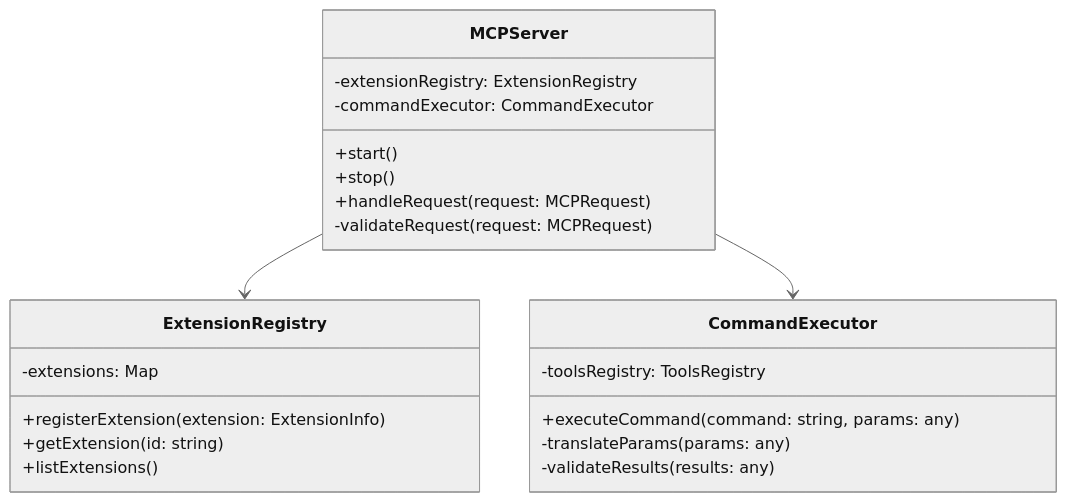
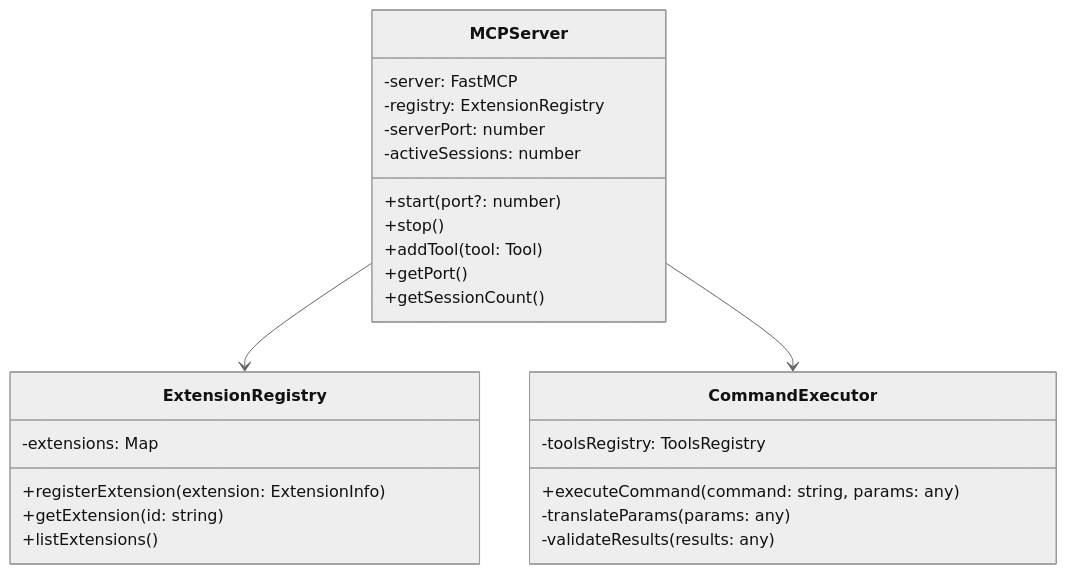
Before and after one commit to rixbeck/mcp-mlt-bridge: the second of 6 diagrams in architecture.md, drawn with Mermaid (neutral theme). The commit also changed other lines of this file and 6 other files, not shown here.

First line of the commit message:
[feat](docs): enhance documentation with FastMCP and SSE integration details

````diff
--- a/architecture.md
+++ b/architecture.md
@@ -47,28 +49,31 @@
 ```mermaid
 classDiagram
     class MCPServer {
-        -extensionRegistry: ExtensionRegistry
-        -commandExecutor: CommandExecutor
-        +start()
+        -server: FastMCP
+        -registry: ExtensionRegistry
+        -serverPort: number
+        -activeSessions: number
+        +start(port?: number)
         +stop()
-        +handleRequest(request: MCPRequest)
-        -validateRequest(request: MCPRequest)
+        +addTool(tool: Tool)
+        +getPort()
+        +getSessionCount()
     }
     
     class ExtensionRegistry {
         -extensions: Map<string, ExtensionInfo>
         +registerExtension(extension: ExtensionInfo)
         +getExtension(id: string)
         +listExtensions()
     }
     
     class CommandExecutor {
         -toolsRegistry: ToolsRegistry
         +executeCommand(command: string, params: any)
         -translateParams(params: any)
         -validateResults(results: any)
     }
     
     MCPServer --> ExtensionRegistry
     MCPServer --> CommandExecutor
 ```
````
